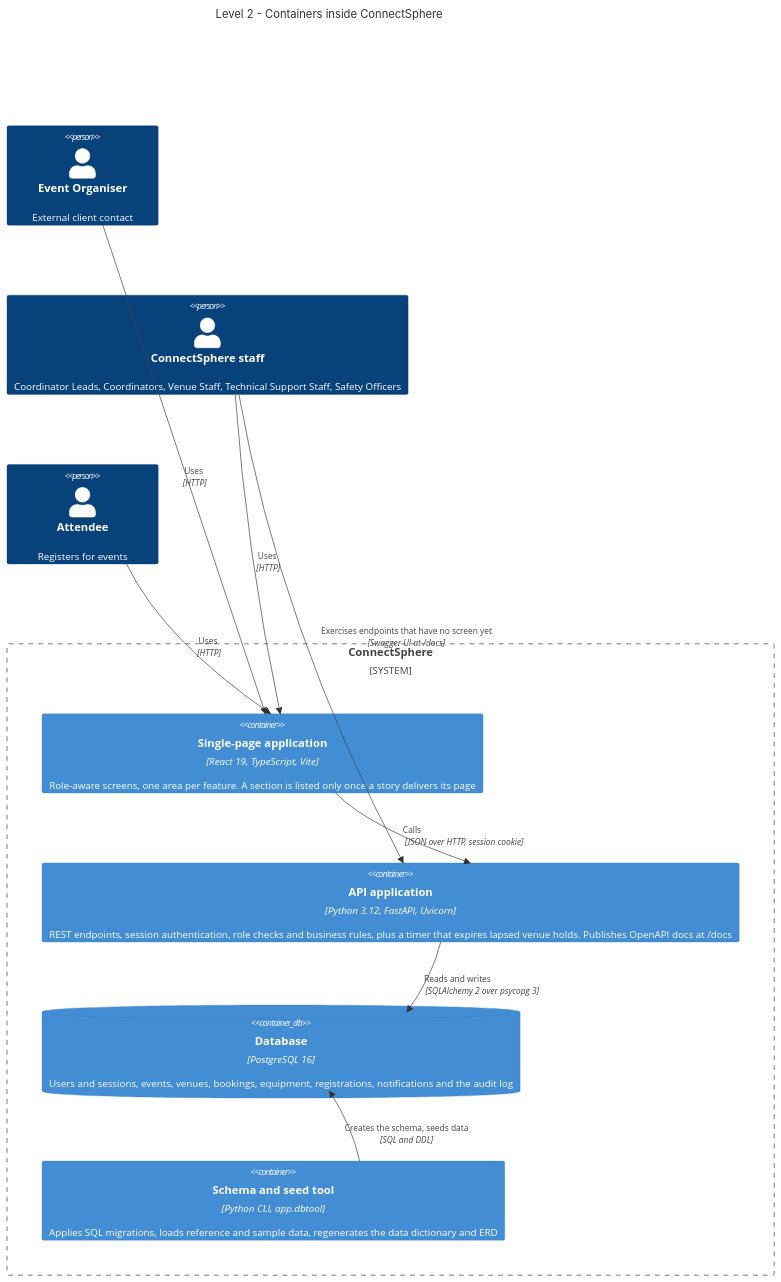
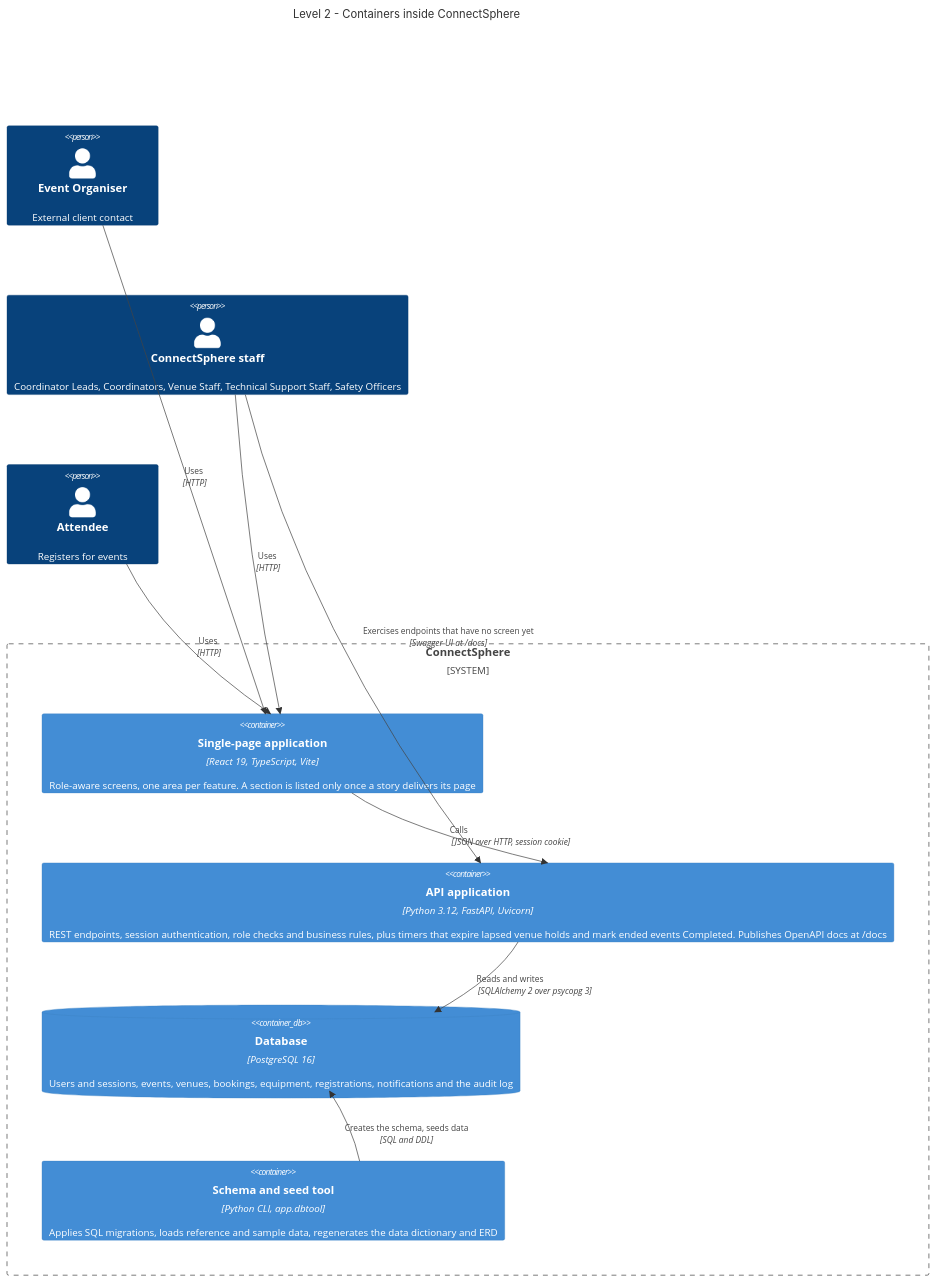
The second of 7 diagrams in docs/C4_MODEL.md (mecmk/SPM-G5), drawn with Mermaid before and after one commit. The commit also changed other lines of this file and 16 other files, not shown here.

Commit message:
fix: mark a Confirmed event Completed once it has ended (f21.2.2)

````diff
--- a/docs/C4_MODEL.md
+++ b/docs/C4_MODEL.md
@@ -56,25 +56,25 @@
 ```mermaid
 C4Container
     title Level 2 - Containers inside ConnectSphere
 
     Person(organiser, "Event Organiser", "External client contact")
     Person(staff, "ConnectSphere staff", "Coordinator Leads, Coordinators, Venue Staff, Technical Support Staff, Safety Officers")
     Person(attendee, "Attendee", "Registers for events")
 
     System_Boundary(connectsphere, "ConnectSphere") {
         Container(spa, "Single-page application", "React 19, TypeScript, Vite", "Role-aware screens, one area per feature. A section is listed only once a story delivers its page")
-        Container(api, "API application", "Python 3.12, FastAPI, Uvicorn", "REST endpoints, session authentication, role checks and business rules, plus a timer that expires lapsed venue holds. Publishes OpenAPI docs at /docs")
+        Container(api, "API application", "Python 3.12, FastAPI, Uvicorn", "REST endpoints, session authentication, role checks and business rules, plus timers that expire lapsed venue holds and mark ended events Completed. Publishes OpenAPI docs at /docs")
         ContainerDb(db, "Database", "PostgreSQL 16", "Users and sessions, events, venues, bookings, equipment, registrations, notifications and the audit log")
         Container(dbtool, "Schema and seed tool", "Python CLI, app.dbtool", "Applies SQL migrations, loads reference and sample data, regenerates the data dictionary and ERD")
     }
 
     Rel(organiser, spa, "Uses", "HTTP")
     Rel(staff, spa, "Uses", "HTTP")
     Rel(attendee, spa, "Uses", "HTTP")
     Rel(staff, api, "Exercises endpoints that have no screen yet", "Swagger UI at /docs")
     Rel(spa, api, "Calls", "JSON over HTTP, session cookie")
     Rel(api, db, "Reads and writes", "SQLAlchemy 2 over psycopg 3")
     Rel(dbtool, db, "Creates the schema, seeds data", "SQL and DDL")
 
     UpdateLayoutConfig($c4ShapeInRow="2", $c4BoundaryInRow="1")
 ```
````
